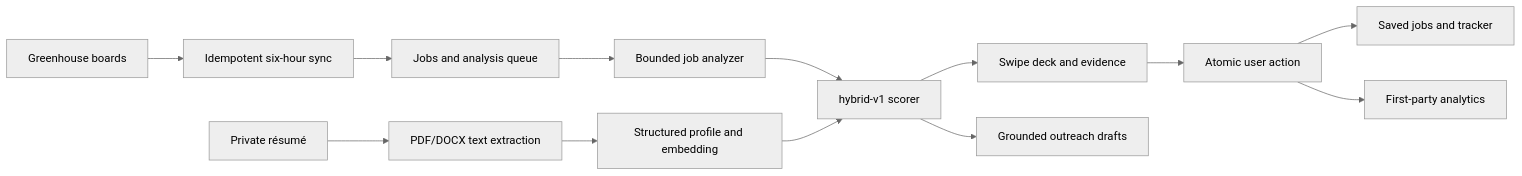
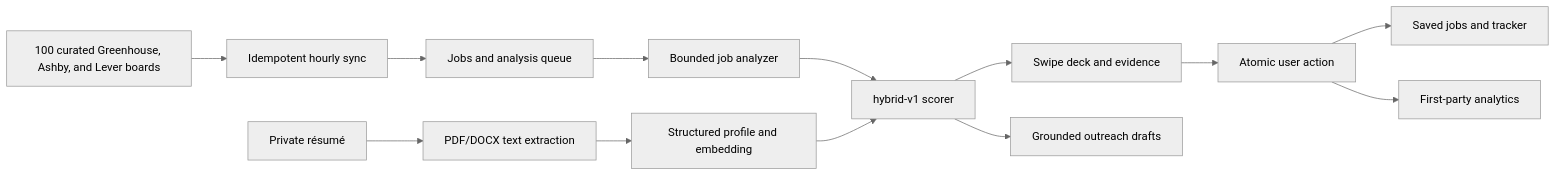
One commit to ShivaniHingmire/JobMates changed the diagram in docs/architecture.md. Above: the diagram before and after it, drawn with Mermaid (neutral theme). The commit also changed 71 other files, not shown here.

````diff
--- a/docs/architecture.md
+++ b/docs/architecture.md
@@ -8,15 +8,15 @@
 ```mermaid
 flowchart LR
-  G["Greenhouse boards"] --> S["Idempotent six-hour sync"]
+  G["100 curated Greenhouse, Ashby, and Lever boards"] --> S["Idempotent hourly sync"]
   S --> J["Jobs and analysis queue"]
   J --> A["Bounded job analyzer"]
   R["Private résumé"] --> T["PDF/DOCX text extraction"]
   T --> P["Structured profile and embedding"]
   A --> M["hybrid-v1 scorer"]
   P --> M
   M --> D["Swipe deck and evidence"]
   D --> U["Atomic user action"]
   U --> K["Saved jobs and tracker"]
   U --> N["First-party analytics"]
   M --> O["Grounded outreach drafts"]
 ```
````
